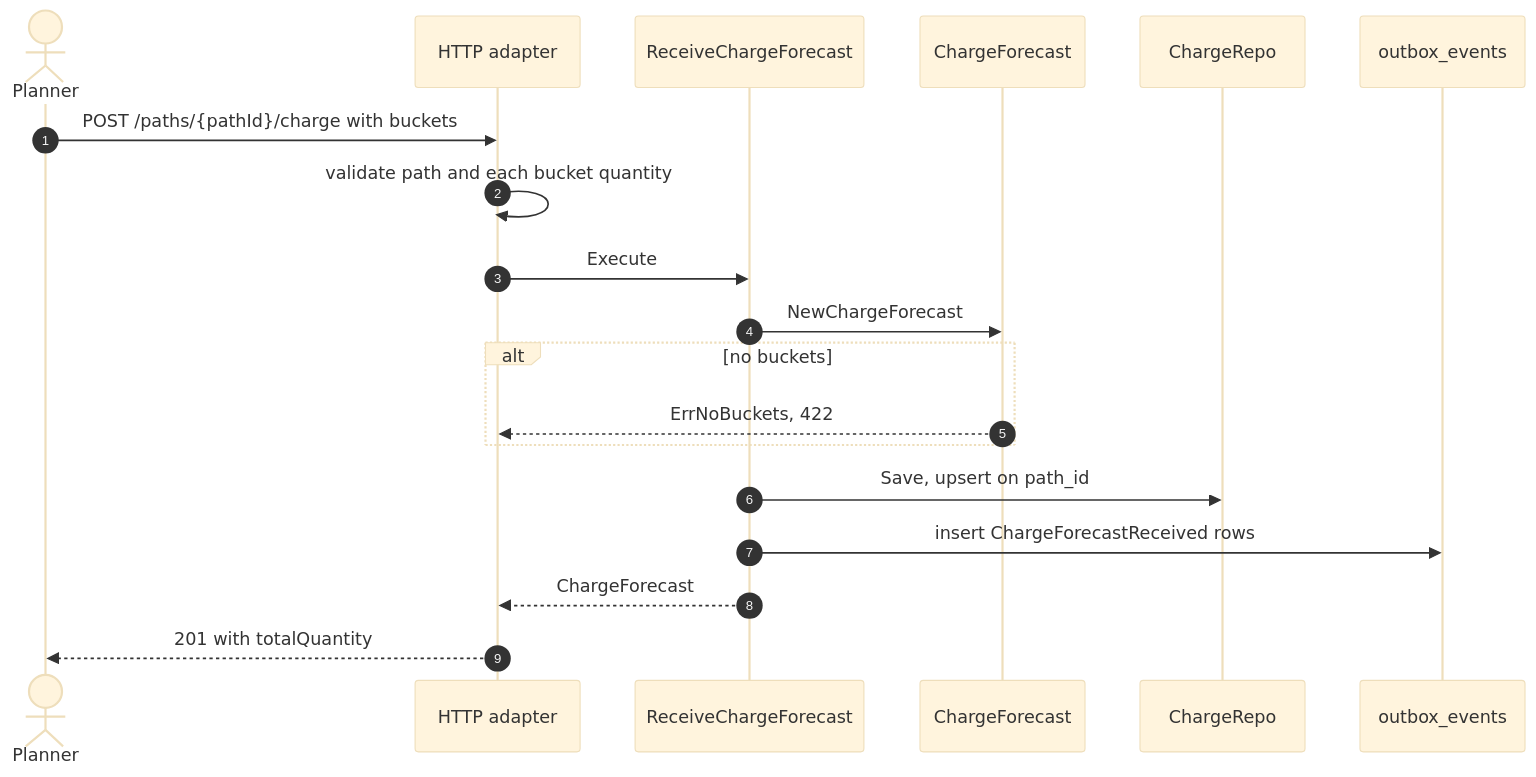
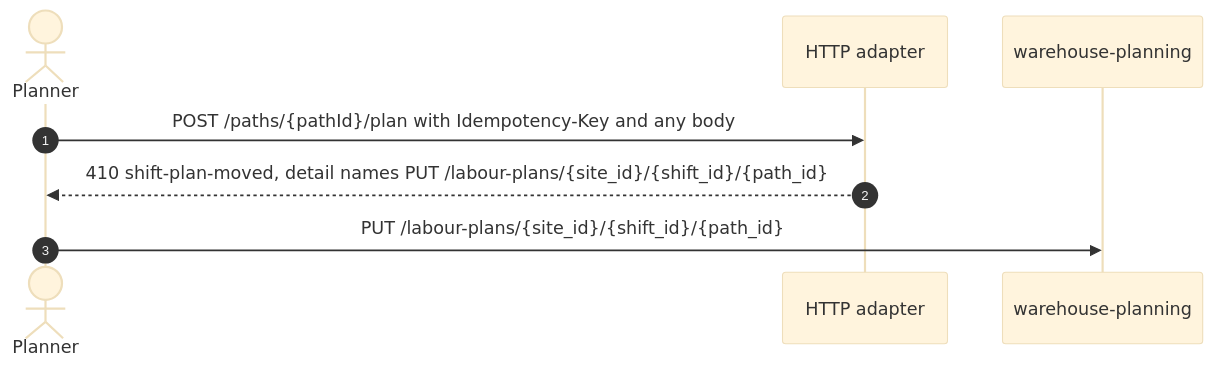
One commit to IQVO/wes-work-planning changed the fifth of 10 diagrams in docs/docs/ddd/sequence-diagrams.md. Above: the diagram before and after it, drawn with Mermaid (base theme). The commit also changed other lines of this file and 9 other files, not shown here.

````diff
--- a/docs/docs/ddd/sequence-diagrams.md
+++ b/docs/docs/ddd/sequence-diagrams.md
@@ -301,22 +256,11 @@
 ```mermaid
 sequenceDiagram
     autonumber
     actor Planner
     participant HTTP as HTTP adapter
-    participant UC as ReceiveChargeForecast
-    participant CF as ChargeForecast
-    participant Repo as ChargeRepo
-    participant Outbox as outbox_events
+    participant WPL as warehouse-planning
 
-    Planner->>HTTP: POST /paths/{pathId}/charge with buckets
-    HTTP->>HTTP: validate path and each bucket quantity
-    HTTP->>UC: Execute
-    UC->>CF: NewChargeForecast
-    alt no buckets
-        CF-->>HTTP: ErrNoBuckets, 422
-    end
-    UC->>Repo: Save, upsert on path_id
-    UC->>Outbox: insert ChargeForecastReceived rows
-    UC-->>HTTP: ChargeForecast
-    HTTP-->>Planner: 201 with totalQuantity
+    Planner->>HTTP: POST /paths/{pathId}/plan with Idempotency-Key and any body
+    HTTP-->>Planner: 410 shift-plan-moved, detail names PUT /labour-plans/{site_id}/{shift_id}/{path_id}
+    Planner->>WPL: PUT /labour-plans/{site_id}/{shift_id}/{path_id}
 ```
````
